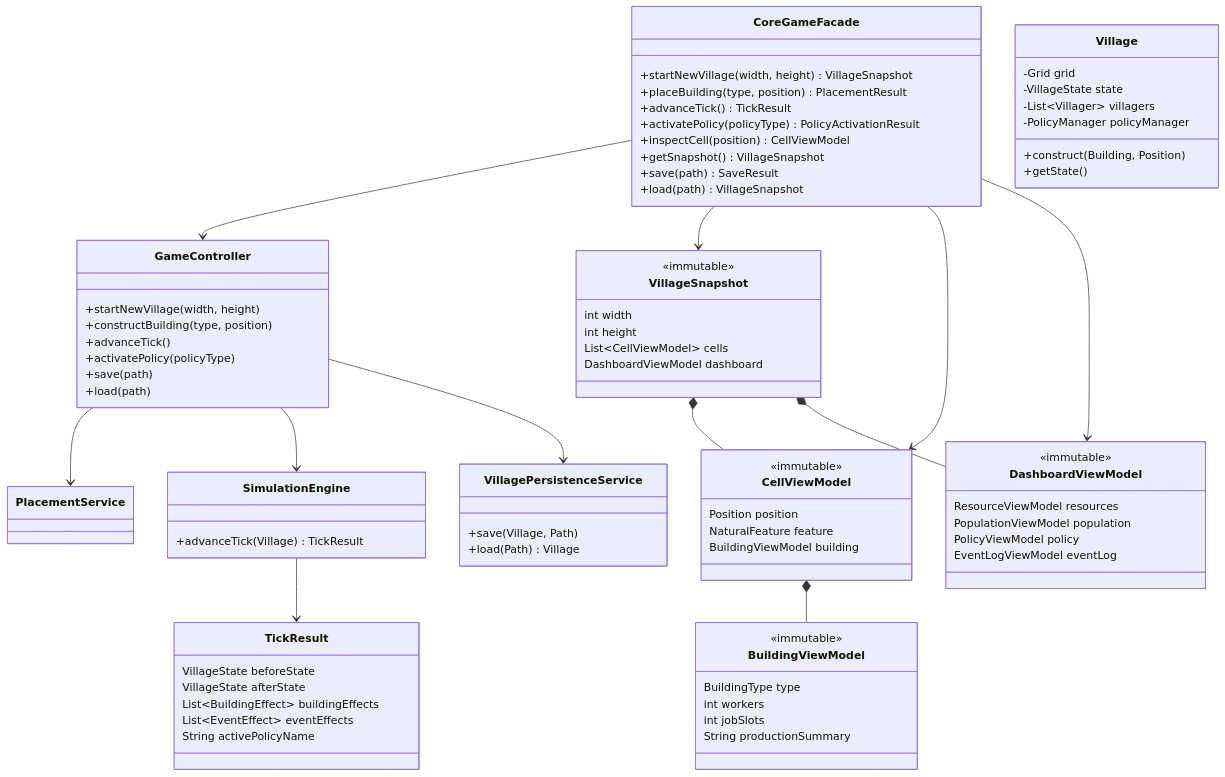
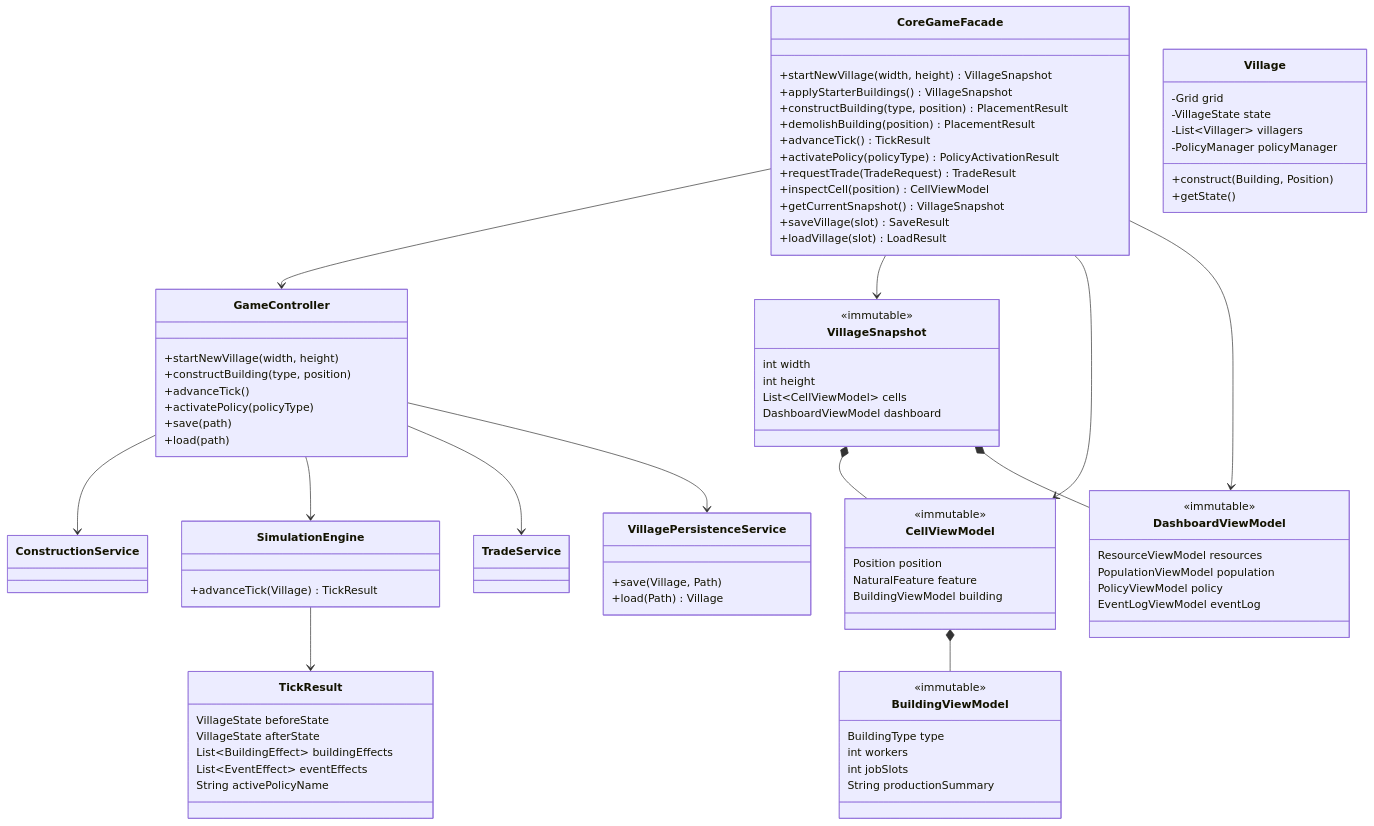
The seventh of 21 diagrams in docs/DesignDocument.md (edope704/DaimyoSimulator), drawn with Mermaid before and after one commit. The commit also changed other lines of this file and 6 other files, not shown here.

```diff
--- a/docs/DesignDocument.md
+++ b/docs/DesignDocument.md
@@ -430,13 +405,16 @@
 classDiagram
     class CoreGameFacade {
         +startNewVillage(width, height) VillageSnapshot
-        +placeBuilding(type, position) PlacementResult
+        +applyStarterBuildings() VillageSnapshot
+        +constructBuilding(type, position) PlacementResult
+        +demolishBuilding(position) PlacementResult
         +advanceTick() TickResult
         +activatePolicy(policyType) PolicyActivationResult
+        +requestTrade(TradeRequest) TradeResult
         +inspectCell(position) CellViewModel
-        +getSnapshot() VillageSnapshot
-        +save(path) SaveResult
-        +load(path) VillageSnapshot
+        +getCurrentSnapshot() VillageSnapshot
+        +saveVillage(slot) SaveResult
+        +loadVillage(slot) LoadResult
     }
 
     class GameController {
@@ -506,8 +484,9 @@
     }
 
     CoreGameFacade --> GameController
-    GameController --> PlacementService
+    GameController --> ConstructionService
     GameController --> SimulationEngine
+    GameController --> TradeService
     GameController --> VillagePersistenceService
     CoreGameFacade --> VillageSnapshot
     CoreGameFacade --> CellViewModel
```
